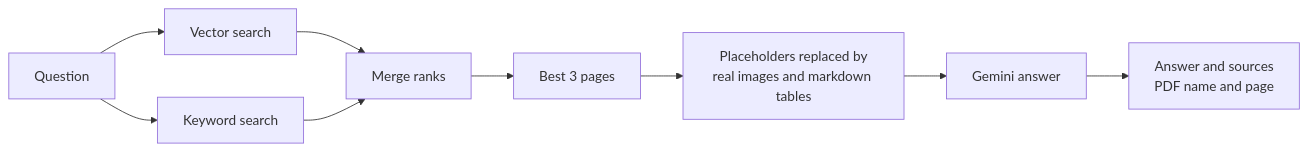
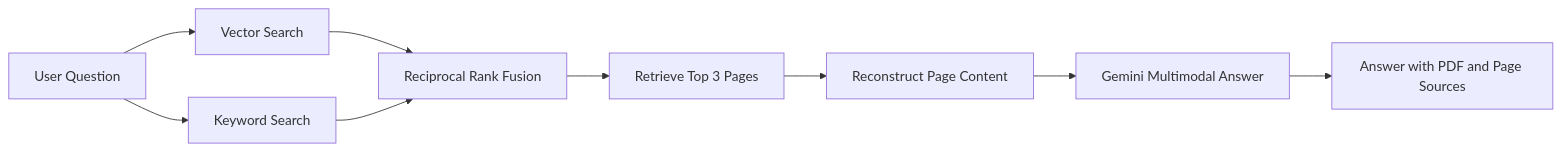
One commit to ksumanthreddy/Multimodal-RAG-for-Research-Papers changed the second of 2 diagrams in README.md. Above: the diagram before and after it, drawn with Mermaid. The commit also changed other lines of this file, not shown here.

````diff
--- a/README.md
+++ b/README.md
@@ -64,11 +74,13 @@
 ```mermaid
 flowchart LR
-    Q["Question"] --> V["Vector search"]
-    Q --> K["Keyword search"]
-    V --> M["Merge ranks"]
+    Q["User Question"] --> V["Vector Search"]
+    Q --> K["Keyword Search"]
+
+    V --> M["Reciprocal Rank Fusion"]
     K --> M
-    M --> P["Best 3 pages"]
-    P --> R["Placeholders replaced by<br/>real images and markdown tables"]
-    R --> G["Gemini answer"]
-    G --> S["Answer and sources<br/>PDF name and page"]
+
+    M --> P["Retrieve Top 3 Pages"]
+    P --> R["Reconstruct Page Content"]
+    R --> G["Gemini Multimodal Answer"]
+    G --> S["Answer with PDF and Page Sources"]
 ```
````
